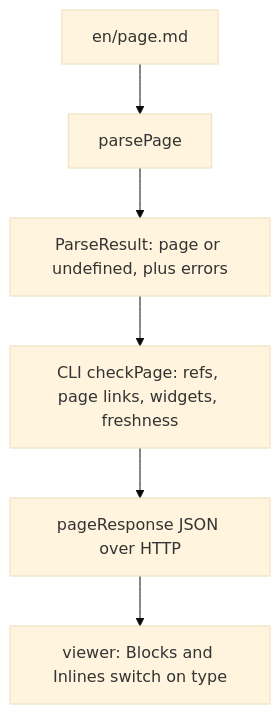
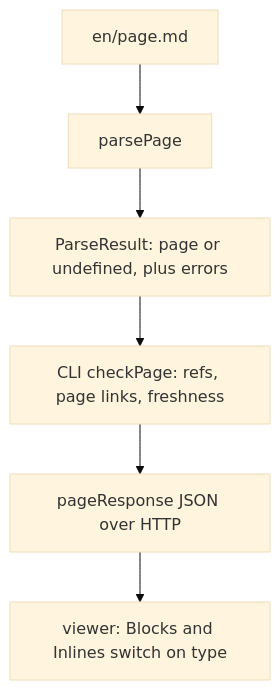
The diagram in docs/en/page-model.md (5u4/explain-this), drawn with Mermaid (base theme) before and after one commit. The commit also changed other lines of this file and 102 other files, not shown here.

````diff
--- a/docs/en/page-model.md
+++ b/docs/en/page-model.md
@@ -8,8 +8,8 @@
 ```mermaid
 flowchart TD
   M[en/page.md] --> P[parsePage]
   P --> R[ParseResult: page or undefined, plus errors]
-  R --> C[CLI checkPage: refs, page links, widgets, freshness]
+  R --> C[CLI checkPage: refs, page links, freshness]
   C --> A[pageResponse JSON over HTTP]
   A --> V[viewer: Blocks and Inlines switch on type]
 ```
````
